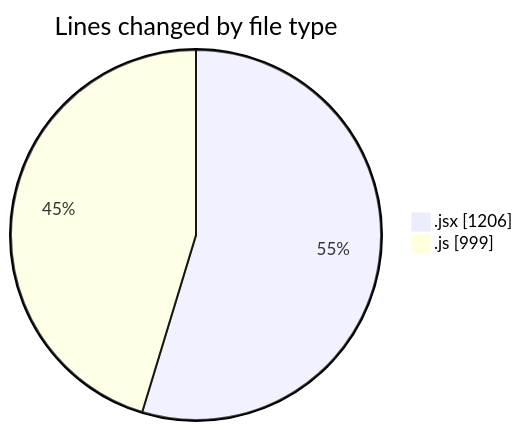
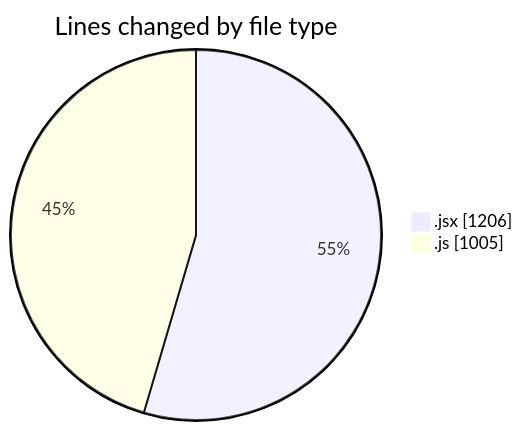
The first of 2 diagrams in 2025-07-25/nxtqube_webapp/README.md (nxtqubesakshisongat/code-tracking), drawn with Mermaid before and after one commit. The commit also changed other lines of this file and 1 other file, not shown here.

````diff
--- a/2025-07-25/nxtqube_webapp/README.md
+++ b/2025-07-25/nxtqube_webapp/README.md
@@ -28,6 +28,6 @@
 ```mermaid
 pie showData
 title Lines changed by file type
 ".jsx" : 1206
-".js" : 999
+".js" : 1005
 ```
````
